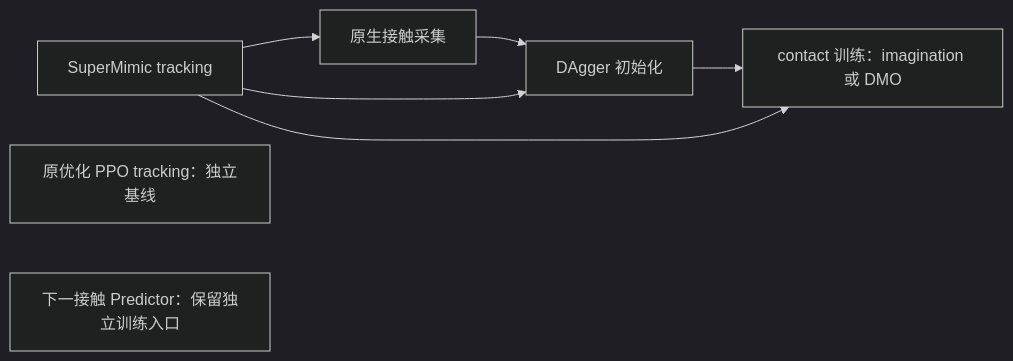
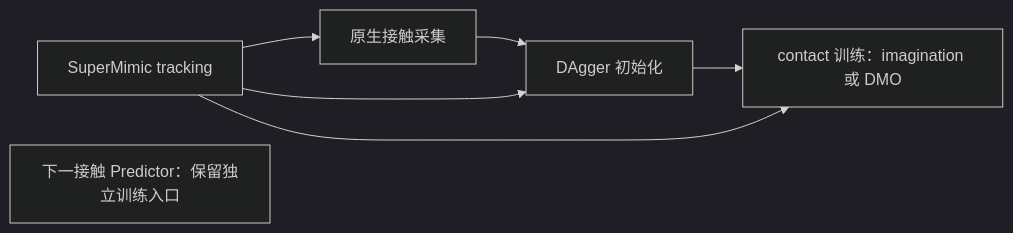
The diagram in docs/current-workflow.md (xia112358/contactwm), drawn with Mermaid (dark theme) before and after one commit. The commit also changed other lines of this file and 45 other files, not shown here.

Commit message:
refactor: retire legacy playback and PPO tracking entrypoints

````diff
--- a/docs/current-workflow.md
+++ b/docs/current-workflow.md
@@ -5,10 +5,9 @@
 ```mermaid
 flowchart LR
     SM[SuperMimic tracking] --> C[原生接触采集]
     C --> I[DAgger 初始化]
     I --> T[contact 训练：imagination 或 DMO]
     SM --> I
     SM --> T
-    P[原优化 PPO tracking：独立基线]
     N[下一接触 Predictor：保留独立训练入口]
 ```
````
